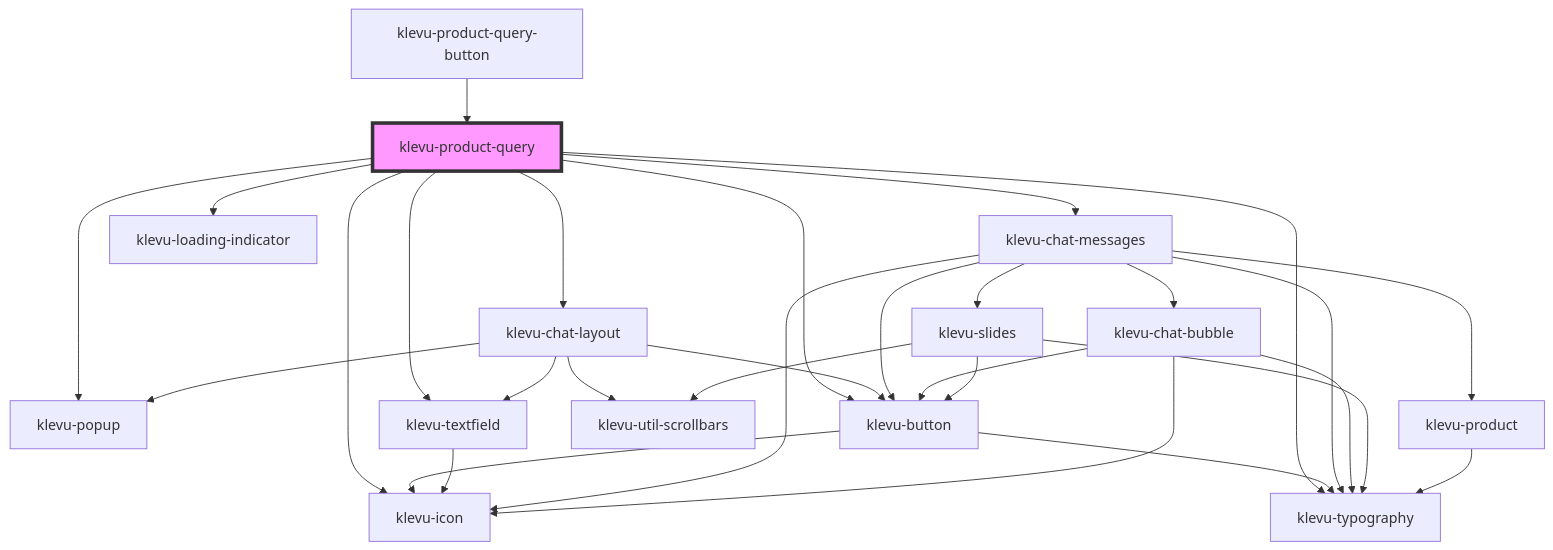
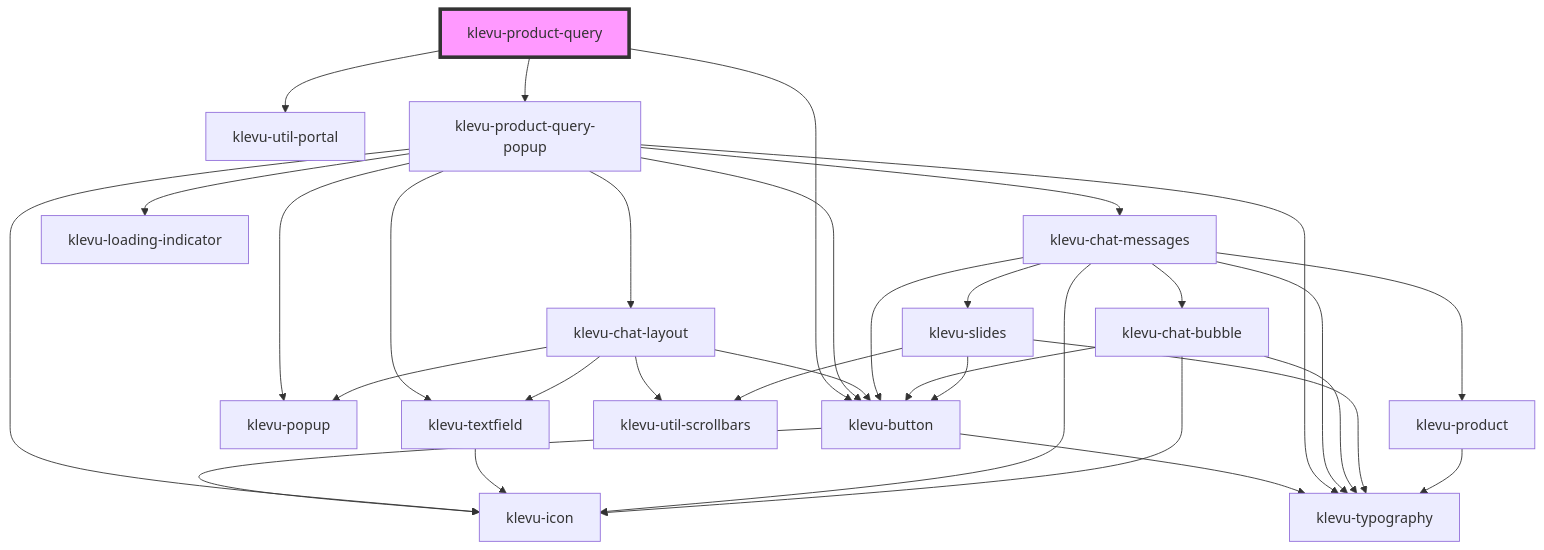
Before and after one commit to klevultd/frontend-sdk: the diagram in packages/klevu-ui/src/components/klevu-product-query/readme.md, drawn with Mermaid. The commit also changed other lines of this file and 22 other files, not shown here.

````diff
--- a/packages/klevu-ui/src/components/klevu-product-query/readme.md
+++ b/packages/klevu-ui/src/components/klevu-product-query/readme.md
@@ -51,33 +47,35 @@
 ```mermaid
 graph TD;
-  klevu-product-query --> klevu-popup
-  klevu-product-query --> klevu-chat-layout
-  klevu-product-query --> klevu-typography
-  klevu-product-query --> klevu-icon
-  klevu-product-query --> klevu-chat-messages
-  klevu-product-query --> klevu-loading-indicator
-  klevu-product-query --> klevu-textfield
   klevu-product-query --> klevu-button
+  klevu-product-query --> klevu-util-portal
+  klevu-product-query --> klevu-product-query-popup
+  klevu-button --> klevu-icon
+  klevu-button --> klevu-typography
+  klevu-product-query-popup --> klevu-popup
+  klevu-product-query-popup --> klevu-chat-layout
+  klevu-product-query-popup --> klevu-typography
+  klevu-product-query-popup --> klevu-icon
+  klevu-product-query-popup --> klevu-chat-messages
+  klevu-product-query-popup --> klevu-loading-indicator
+  klevu-product-query-popup --> klevu-textfield
+  klevu-product-query-popup --> klevu-button
   klevu-chat-layout --> klevu-util-scrollbars
   klevu-chat-layout --> klevu-popup
   klevu-chat-layout --> klevu-button
   klevu-chat-layout --> klevu-textfield
-  klevu-button --> klevu-icon
-  klevu-button --> klevu-typography
   klevu-textfield --> klevu-icon
   klevu-chat-messages --> klevu-chat-bubble
   klevu-chat-messages --> klevu-icon
   klevu-chat-messages --> klevu-typography
   klevu-chat-messages --> klevu-button
   klevu-chat-messages --> klevu-slides
   klevu-chat-messages --> klevu-product
   klevu-chat-bubble --> klevu-typography
   klevu-chat-bubble --> klevu-icon
   klevu-chat-bubble --> klevu-button
   klevu-slides --> klevu-typography
   klevu-slides --> klevu-button
   klevu-slides --> klevu-util-scrollbars
   klevu-product --> klevu-typography
-  klevu-product-query-button --> klevu-product-query
   style klevu-product-query fill:#f9f,stroke:#333,stroke-width:4px
 ```
````
